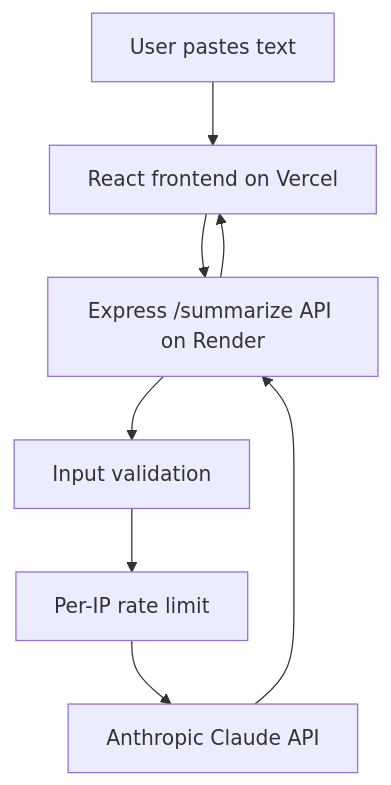
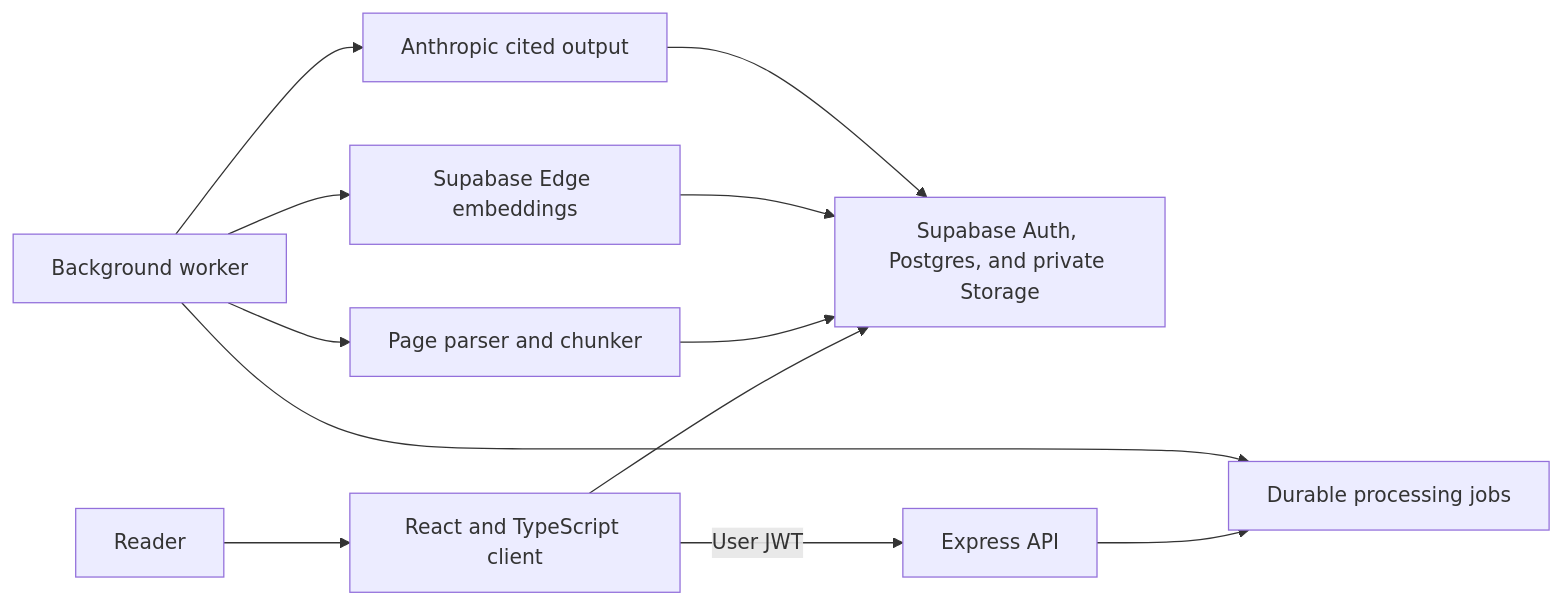
One commit to prathima-sola/ai-summarizer-app changed the diagram in README.md. Above: the diagram before and after it, drawn with Mermaid. The commit also changed other lines of this file and 2477 other files, not shown here.

````diff
--- a/README.md
+++ b/README.md
@@ -11,10 +18,14 @@
 ```mermaid
-flowchart TD
-    U["User pastes text"] --> F["React frontend on Vercel"]
-    F --> B["Express /summarize API on Render"]
-    B --> V["Input validation"]
-    V --> L["Per-IP rate limit"]
-    L --> C["Anthropic Claude API"]
-    C --> B
-    B --> F
+flowchart LR
+    U["Reader"] --> F["React and TypeScript client"]
+    F --> S["Supabase Auth, Postgres, and private Storage"]
+    F -->|"User JWT"| A["Express API"]
+    A --> Q["Durable processing jobs"]
+    W["Background worker"] --> Q
+    W --> D["Page parser and chunker"]
+    W --> E["Supabase Edge embeddings"]
+    W --> C["Anthropic cited output"]
+    D --> S
+    E --> S
+    C --> S
 ```
````
